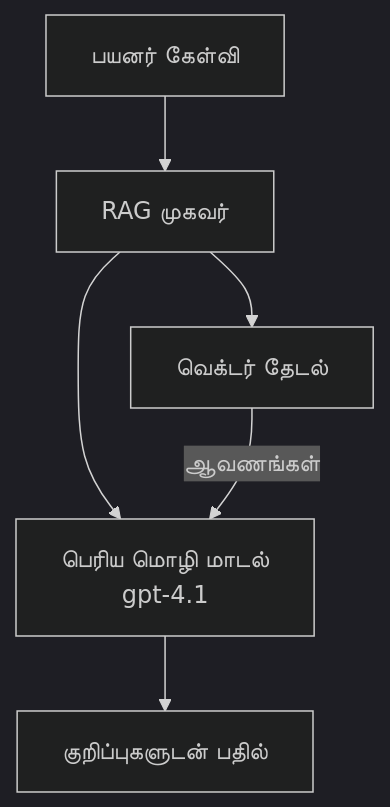
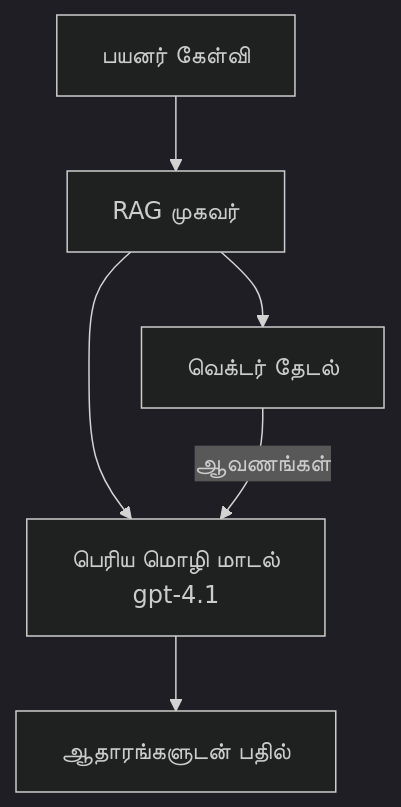
One commit to microsoft/AZD-for-beginners changed the second of 3 diagrams in translations/ta/docs/chapter-02-ai-development/agents.md. Above: the diagram before and after it, drawn with Mermaid (dark theme). The commit also changed other lines of this file and 104 other files, not shown here.

````diff
--- a/translations/ta/docs/chapter-02-ai-development/agents.md
+++ b/translations/ta/docs/chapter-02-ai-development/agents.md
@@ -175,8 +181,8 @@
 ```mermaid
 graph TD
     Query[பயனர் கேள்வி] --> RAG[RAG முகவர்]
     RAG --> Vector[வெக்டர் தேடல்]
     RAG --> LLM[பெரிய மொழி மாடல்<br/>gpt-4.1]
     Vector -- ஆவணங்கள் --> LLM
-    LLM --> Response[குறிப்புகளுடன் பதில்]
+    LLM --> Response[ஆதாரங்களுடன் பதில்]
 ```
````
